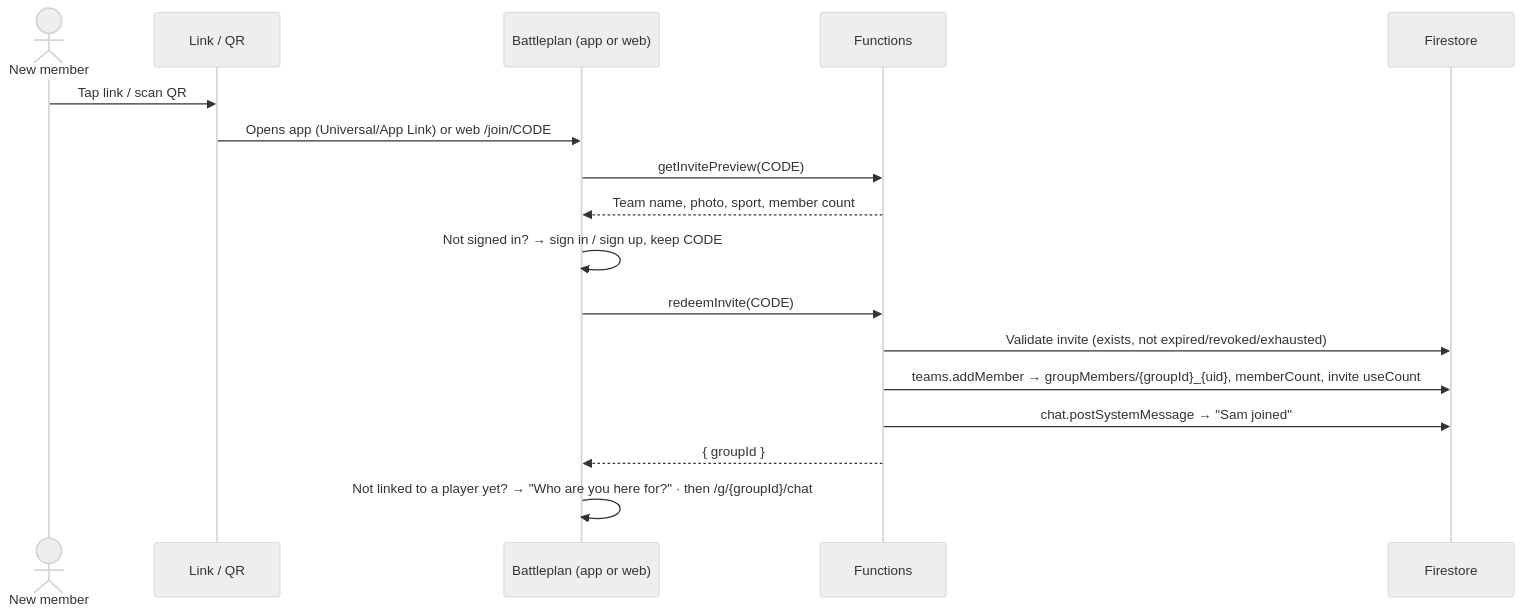
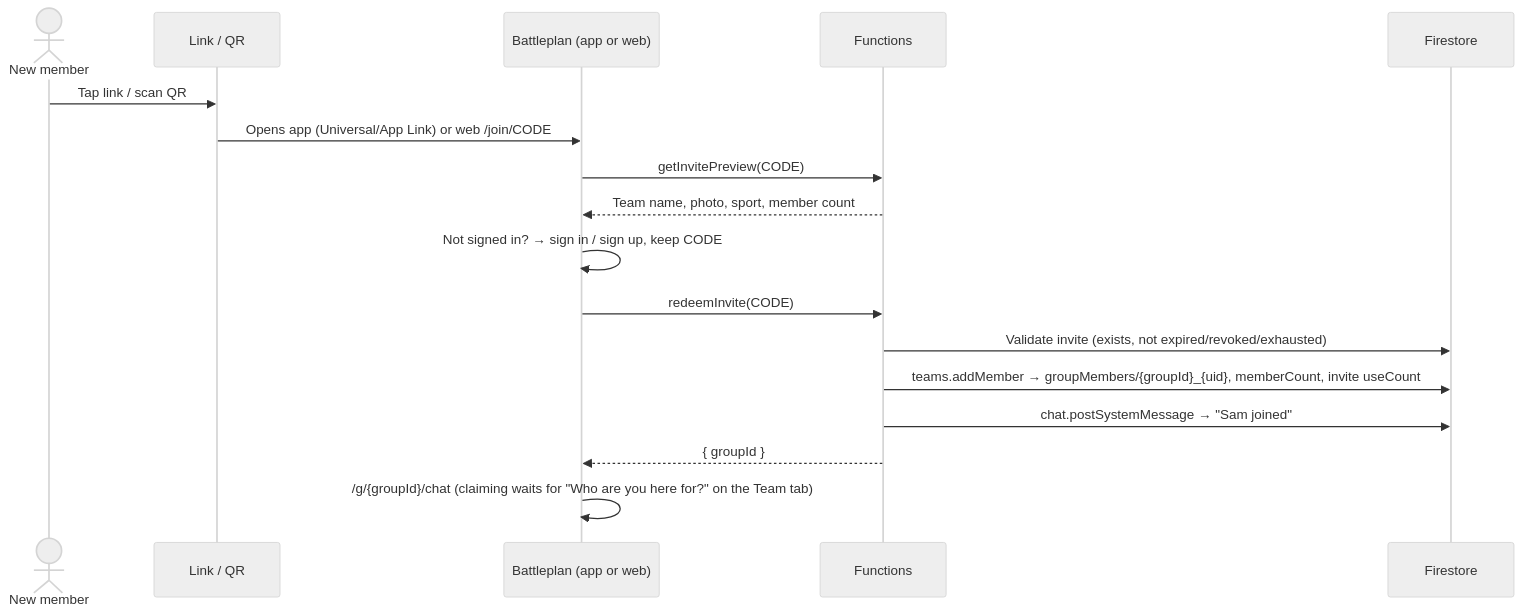
The third of 4 diagrams in docs/ARCHITECTURE.md (jfreema/battleplan), drawn with Mermaid (neutral theme) before and after one commit. The commit also changed other lines of this file and 6 other files, not shown here.

Commit message:
Joining a team goes straight into its chat instead of asking who you're here for first; claiming or adding a player waits for Who are you here for? on the Team tab, an event, or Dues

````diff
--- a/docs/ARCHITECTURE.md
+++ b/docs/ARCHITECTURE.md
@@ -1090,19 +1090,19 @@
 ```mermaid
 sequenceDiagram
   actor U as New member
   participant L as Link / QR
   participant A as Battleplan (app or web)
   participant F as Functions
   participant DB as Firestore
   U->>L: Tap link / scan QR
   L->>A: Opens app (Universal/App Link) or web /join/CODE
   A->>F: getInvitePreview(CODE)
   F-->>A: Team name, photo, sport, member count
   A->>A: Not signed in? → sign in / sign up, keep CODE
   A->>F: redeemInvite(CODE)
   F->>DB: Validate invite (exists, not expired/revoked/exhausted)
   F->>DB: teams.addMember → groupMembers/{groupId}_{uid}, memberCount, invite useCount
   F->>DB: chat.postSystemMessage → "Sam joined"
   F-->>A: { groupId }
-  A->>A: Not linked to a player yet? → "Who are you here for?" · then /g/{groupId}/chat
+  A->>A: /g/{groupId}/chat (claiming waits for "Who are you here for?" on the Team tab)
 ```
````
